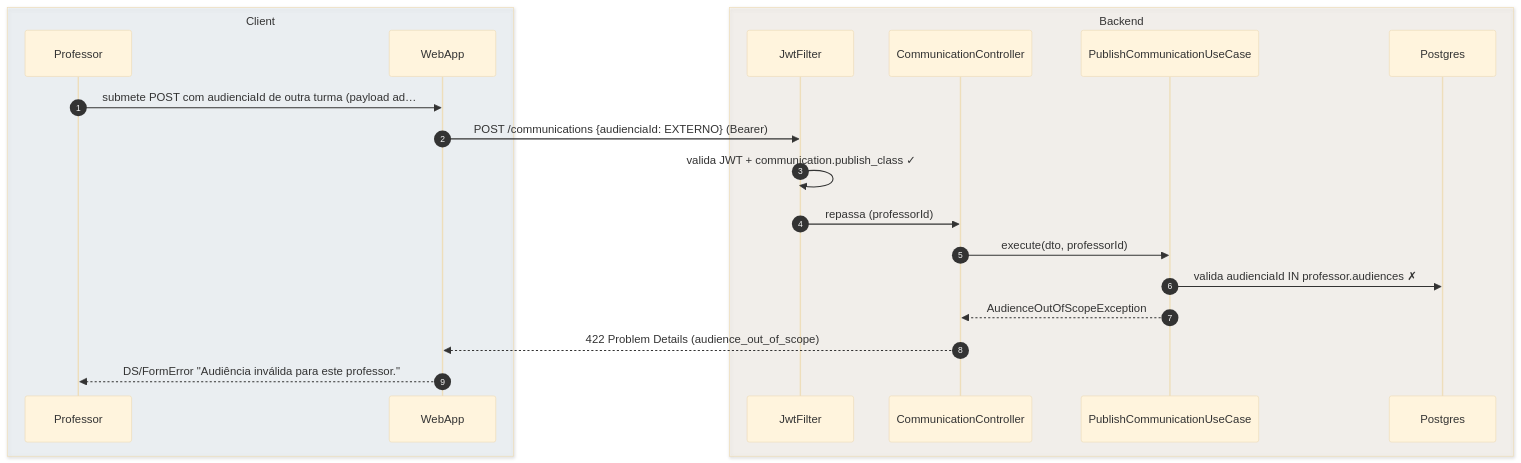
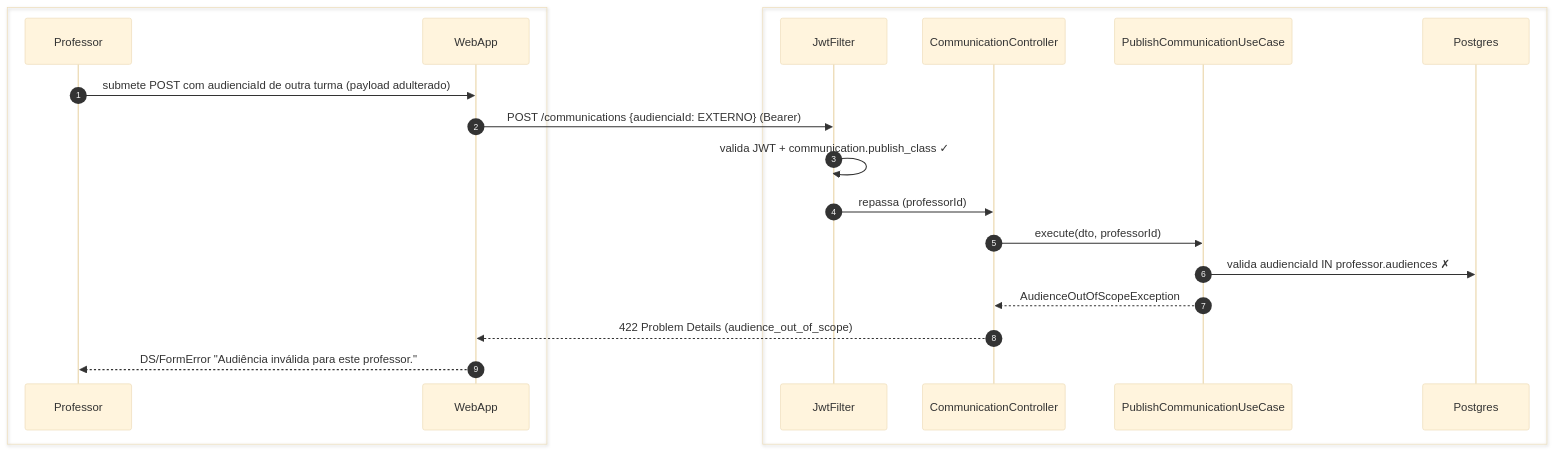
Before and after one commit to umishell/secretariaOnline2: the fourth of 4 diagrams in foundationDocs/sequenceDiagrams/F3 — Professor/US-F3-007-PUBLICAR-COMUNICADO.md, drawn with Mermaid (base theme). The commit also changed other lines of this file and 70 other files, not shown here.

First line of the commit message:
Enhance database documentation and introduce new schema files

````diff
--- a/foundationDocs/sequenceDiagrams/F3 — Professor/US-F3-007-PUBLICAR-COMUNICADO.md
+++ b/foundationDocs/sequenceDiagrams/F3 — Professor/US-F3-007-PUBLICAR-COMUNICADO.md
@@ -156,24 +156,24 @@
 ```mermaid
 sequenceDiagram
     autonumber
-    box rgba(230,245,255,0.3) Client
+    box #e8f4fc Cliente
         participant Professor
         participant WebApp
     end
-    box rgba(255,245,230,0.3) Backend
+    box #fff8ee Servidor
         participant JwtFilter
         participant CommunicationController
         participant PublishCommunicationUC as PublishCommunicationUseCase
         participant Postgres
     end
 
-    Professor->>WebApp: submete POST com audienciaId de outra turma (payload ad…
+    Professor->>WebApp: submete POST com audienciaId de outra turma (payload adulterado)
     WebApp->>JwtFilter: POST /communications {audienciaId: EXTERNO} (Bearer)
     JwtFilter->>JwtFilter: valida JWT + communication.publish_class ✓
     JwtFilter->>CommunicationController: repassa (professorId)
     CommunicationController->>PublishCommunicationUC: execute(dto, professorId)
     PublishCommunicationUC->>Postgres: valida audienciaId IN professor.audiences ✗
     PublishCommunicationUC-->>CommunicationController: AudienceOutOfScopeException
     CommunicationController-->>WebApp: 422 Problem Details (audience_out_of_scope)
     WebApp-->>Professor: DS/FormError "Audiência inválida para este professor."
 ```
````
